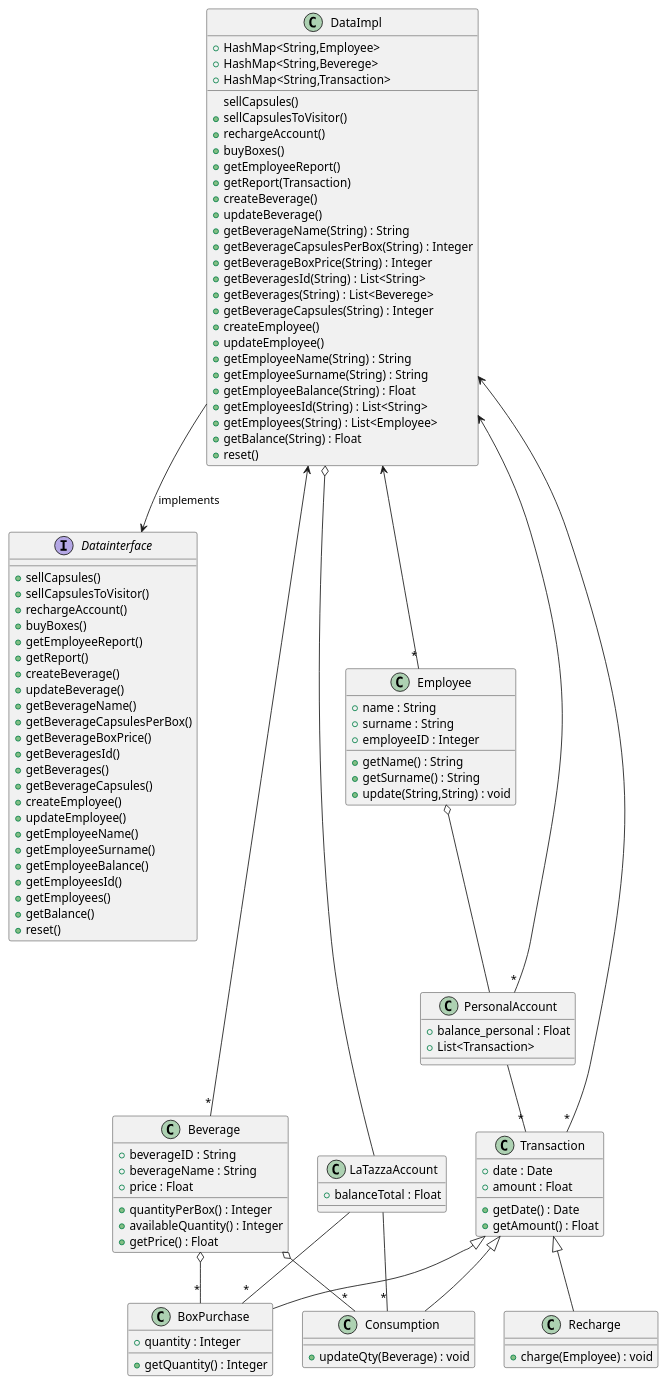
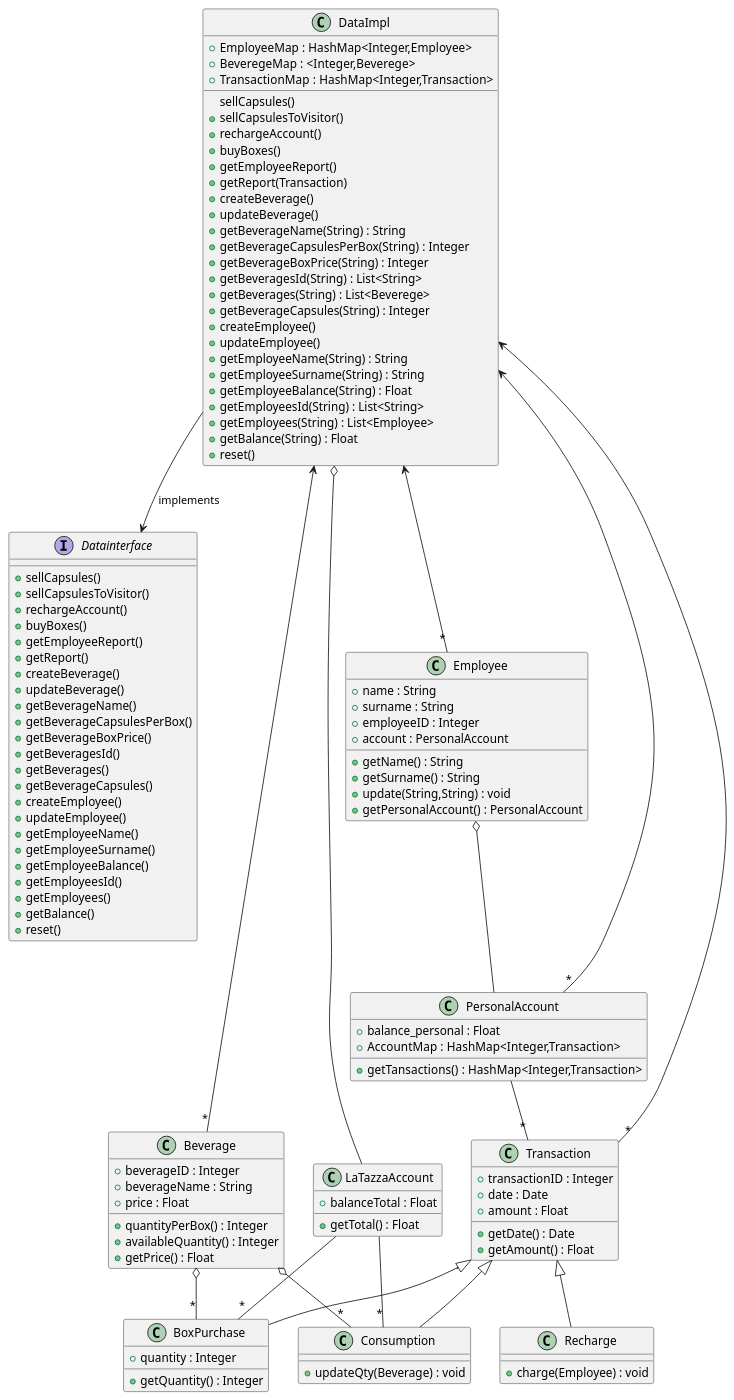
The third of 7 diagrams in templates/DesignDocumentTemplate.md (salvatore-dimartino/LaTazza), drawn with PlantUML before and after one commit.

```diff
--- a/templates/DesignDocumentTemplate.md
+++ b/templates/DesignDocumentTemplate.md
@@ -102,9 +102,9 @@
 
 class DataImpl {
 
-    +HashMap<String,Employee>
-    +HashMap<String,Beverege>
-    +HashMap<String,Transaction>
+    +EmployeeMap : HashMap<Integer,Employee>
+    +BeveregeMap : <Integer,Beverege>
+    +TransactionMap : HashMap<Integer,Transaction>
     
     sellCapsules()
     +sellCapsulesToVisitor()
@@ -135,27 +135,33 @@
 
 class PersonalAccount {
     +balance_personal : Float
-    +List<Transaction>
+    +AccountMap : HashMap<Integer,Transaction>
+    
+    +getTansactions() : HashMap<Integer,Transaction>
 }
 
 PersonalAccount "*" --> DataImpl
 
 class LaTazzaAccount {
     +balanceTotal : Float
+    
+    +getTotal() : Float
 }
 
 class Employee {
     +name : String
     +surname : String
     +employeeID : Integer
+    +account : PersonalAccount
     
     +getName() : String
     +getSurname() : String
     +update(String,String) : void
+    +getPersonalAccount() : PersonalAccount
 }
 
 class Beverage {
-    +beverageID : String
+    +beverageID : Integer
     +beverageName : String
     +price : Float
     
@@ -171,6 +177,7 @@
 }
 
 class Transaction {
+    +transactionID : Integer
     +date : Date
     +amount : Float
 
```
